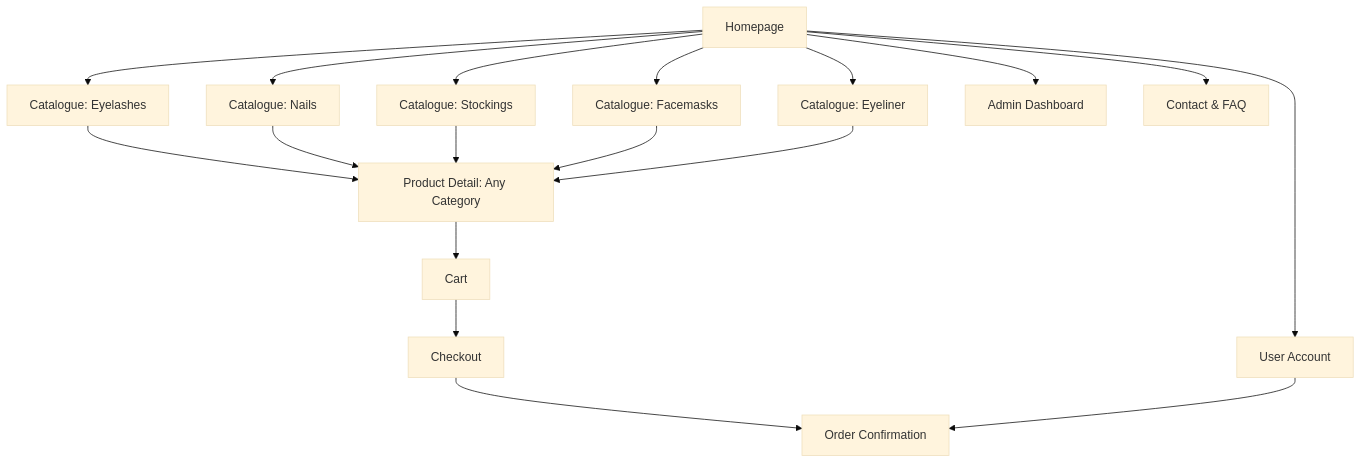
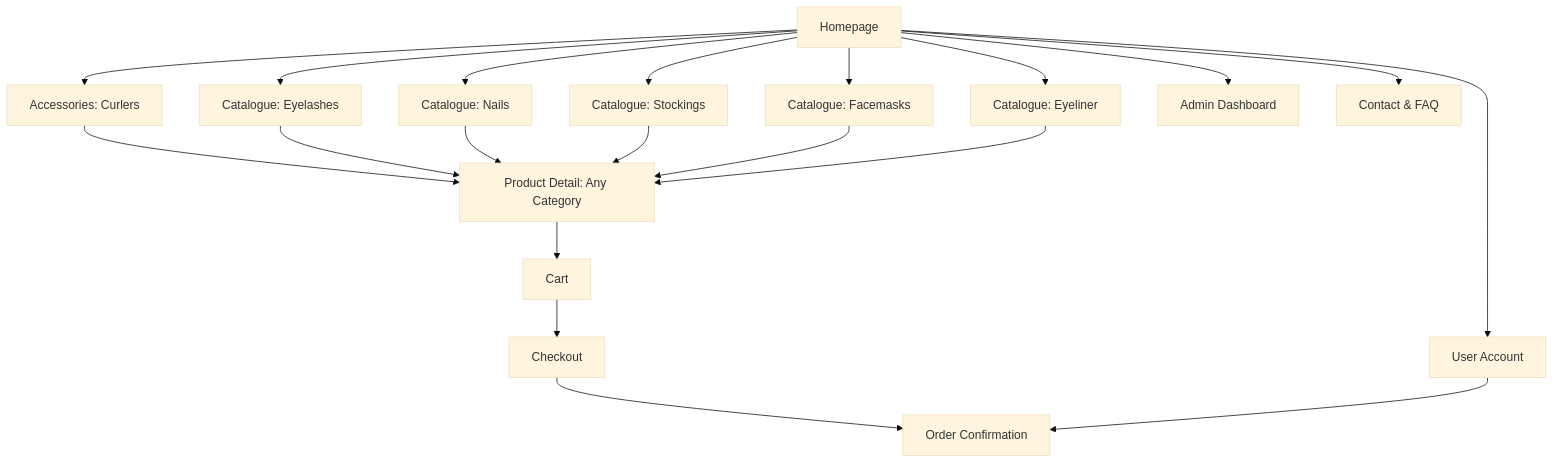
The diagram in specs/product-spec.md (misterfitzy/false-eyelash-store), drawn with Mermaid (base theme) before and after one commit. The commit also changed other lines of this file, not shown here.

Commit message:
Expand product specification to include eyelash curlers under Accessories category. Add features, filtering, site map, data model, and admin/shopper stories for curlers.

````diff
--- a/specs/product-spec.md
+++ b/specs/product-spec.md
@@ -66,34 +66,37 @@
 ```mermaid
 graph TD
   A[Homepage]
   B[Catalogue: Eyelashes]
   B2[Catalogue: Nails]
   B3[Catalogue: Stockings]
   B4[Catalogue: Facemasks]
   B5[Catalogue: Eyeliner]
+  B6[Accessories: Curlers]
   C[Product Detail: Any Category]
   D[Cart]
   E[Checkout]
   F[Order Confirmation]
   G[User Account]
   H[Admin Dashboard]
   I[Contact & FAQ]
 
   A --> B
   A --> B2
   A --> B3
   A --> B4
   A --> B5
+  A --> B6
+  B6 --> C
   B --> C
   B2 --> C
   B3 --> C
   B4 --> C
   B5 --> C
   C --> D
   D --> E
   E --> F
   A --> G
   A --> I
   G --> F
   A --> H
 ```
````
